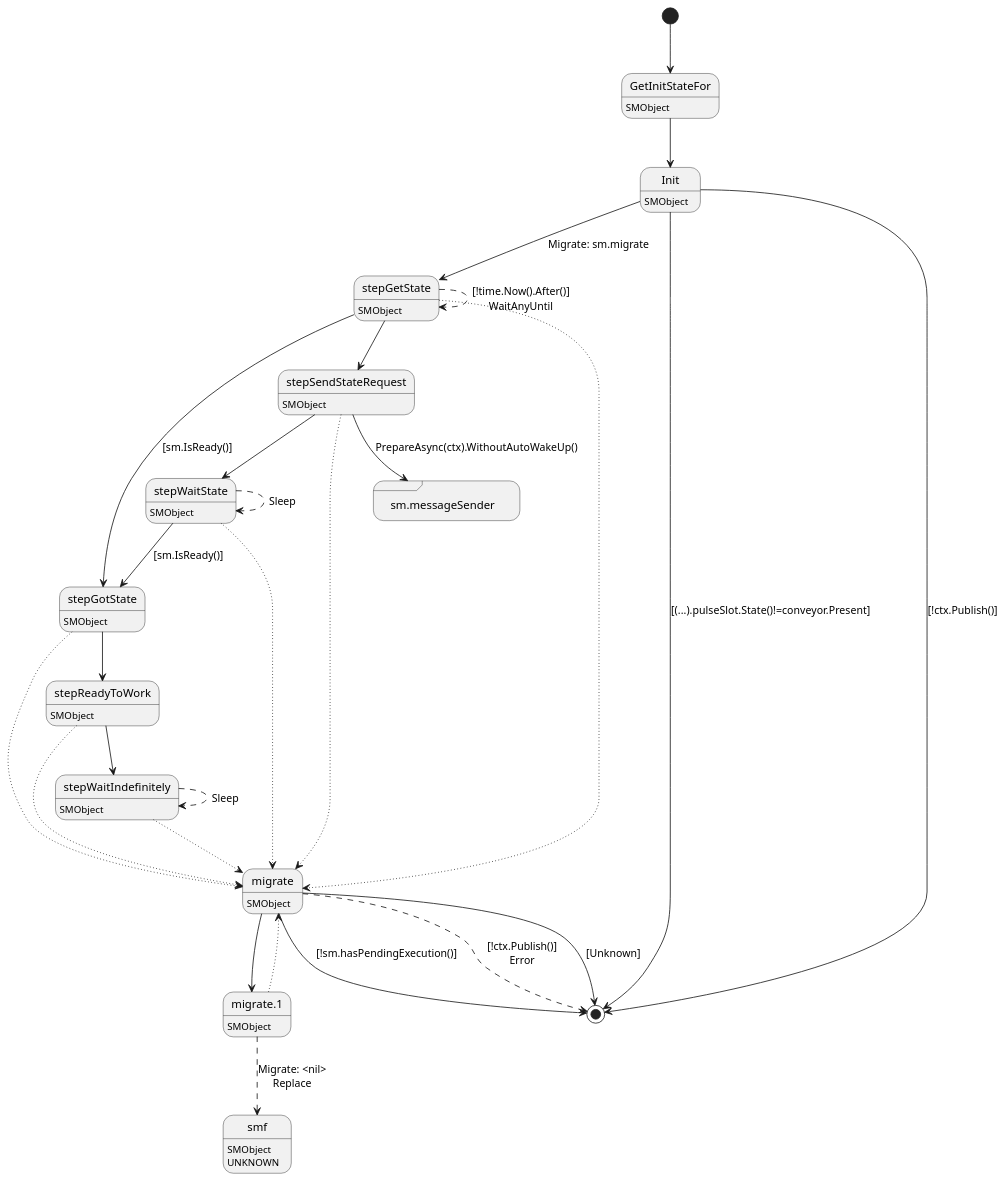
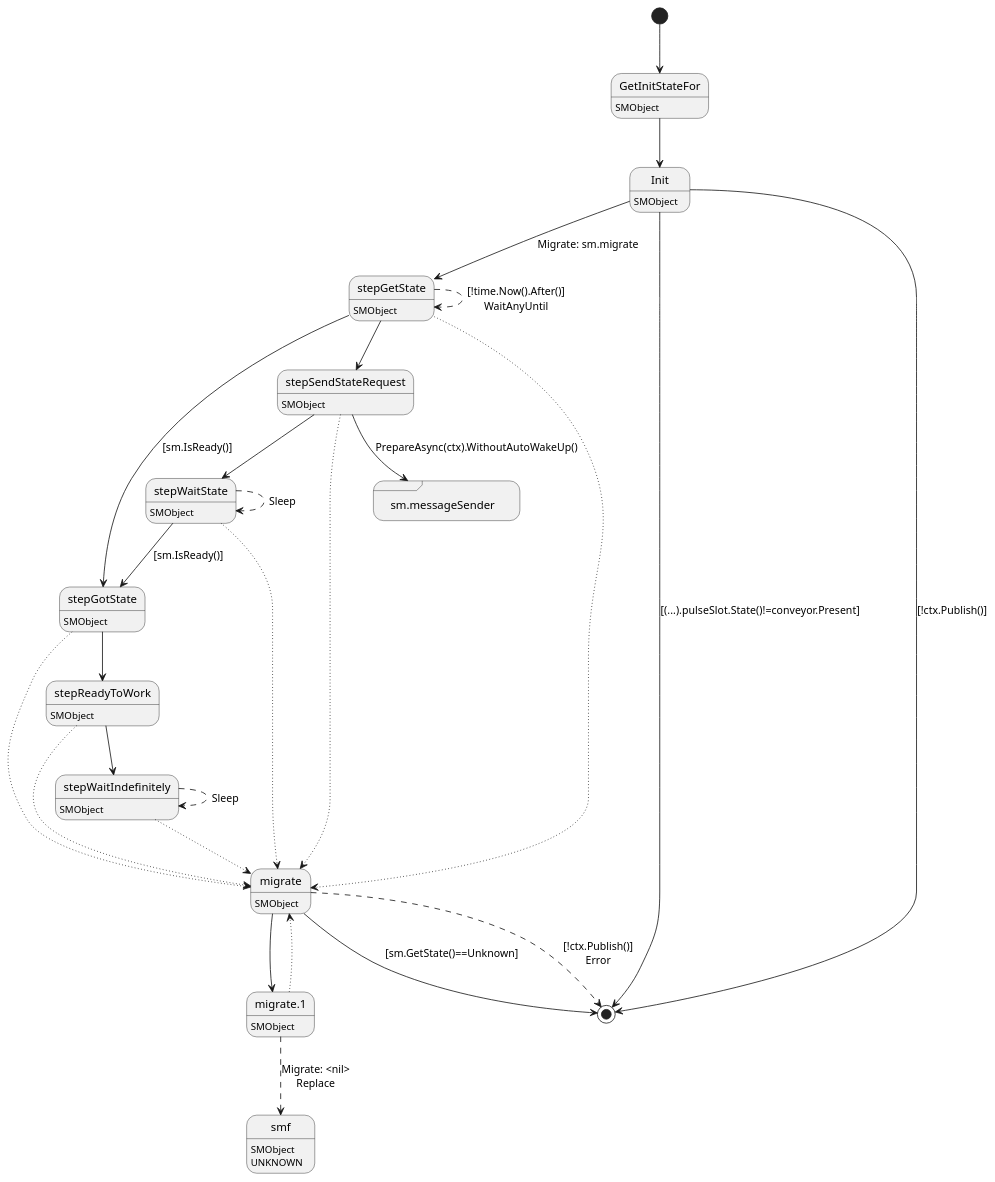
The diagram in ledger-core/virtual/object/object.plantuml (insolar/assured-ledger), drawn with PlantUML before and after one commit. The commit also changed 2 other files, not shown here.

Commit message:
PLAT-556: Fix send VStateReport if object state is Empty and no pending counters

```diff
--- a/ledger-core/virtual/object/object.plantuml
+++ b/ledger-core/virtual/object/object.plantuml
@@ -1,53 +1,52 @@
 @startuml
 state "GetInitStateFor" as T00_S001
 T00_S001 : SMObject
 [*] --> T00_S001
 T00_S001 --> T00_S002
 state "Init" as T00_S002
 T00_S002 : SMObject
 T00_S002 --> [*] : [(...).pulseSlot.State()!=conveyor.Present]
 T00_S002 --> [*] : [!ctx.Publish()]
 T00_S002 --> T00_S005 : Migrate: sm.migrate
 state "migrate" as T00_S010
 T00_S010 : SMObject
-T00_S010 --> [*] : [Unknown]
-T00_S010 --> [*] : [!sm.hasPendingExecution()]
+T00_S010 --> [*] : [sm.GetState()==Unknown]
 T00_S010 --[dashed]> [*] : [!ctx.Publish()]\nError
 T00_S010 --> T00_S011
 state "migrate.1" as T00_S011
 T00_S011 : SMObject
 T00_S011 --[dotted]> T00_S010
 state "smf" as T00_U001
 T00_U001 : SMObject
 T00_U001 : UNKNOWN 
 T00_S011 --[dashed]> T00_U001 : Migrate: <nil>\nReplace
 state "sm.messageSender" as T00_S004 <<sdlreceive>>
 state "stepGetState" as T00_S005
 T00_S005 : SMObject
 T00_S005 --[dotted]> T00_S010
 T00_S005 --> T00_S007 : [sm.IsReady()]
 T00_S005 --[dashed]> T00_S005 : [!time.Now().After()]\nWaitAnyUntil
 T00_S005 --> T00_S003
 state "stepGotState" as T00_S007
 T00_S007 : SMObject
 T00_S007 --[dotted]> T00_S010
 T00_S007 --> T00_S008
 state "stepReadyToWork" as T00_S008
 T00_S008 : SMObject
 T00_S008 --[dotted]> T00_S010
 T00_S008 --> T00_S009
 state "stepSendStateRequest" as T00_S003
 T00_S003 : SMObject
 T00_S003 --[dotted]> T00_S010
 T00_S003 --> T00_S004 : PrepareAsync(ctx).WithoutAutoWakeUp()
 T00_S003 --> T00_S006
 state "stepWaitIndefinitely" as T00_S009
 T00_S009 : SMObject
 T00_S009 --[dotted]> T00_S010
 T00_S009 --[dashed]> T00_S009 : Sleep
 state "stepWaitState" as T00_S006
 T00_S006 : SMObject
 T00_S006 --[dotted]> T00_S010
 T00_S006 --> T00_S007 : [sm.IsReady()]
 T00_S006 --[dashed]> T00_S006 : Sleep
 @enduml
```
